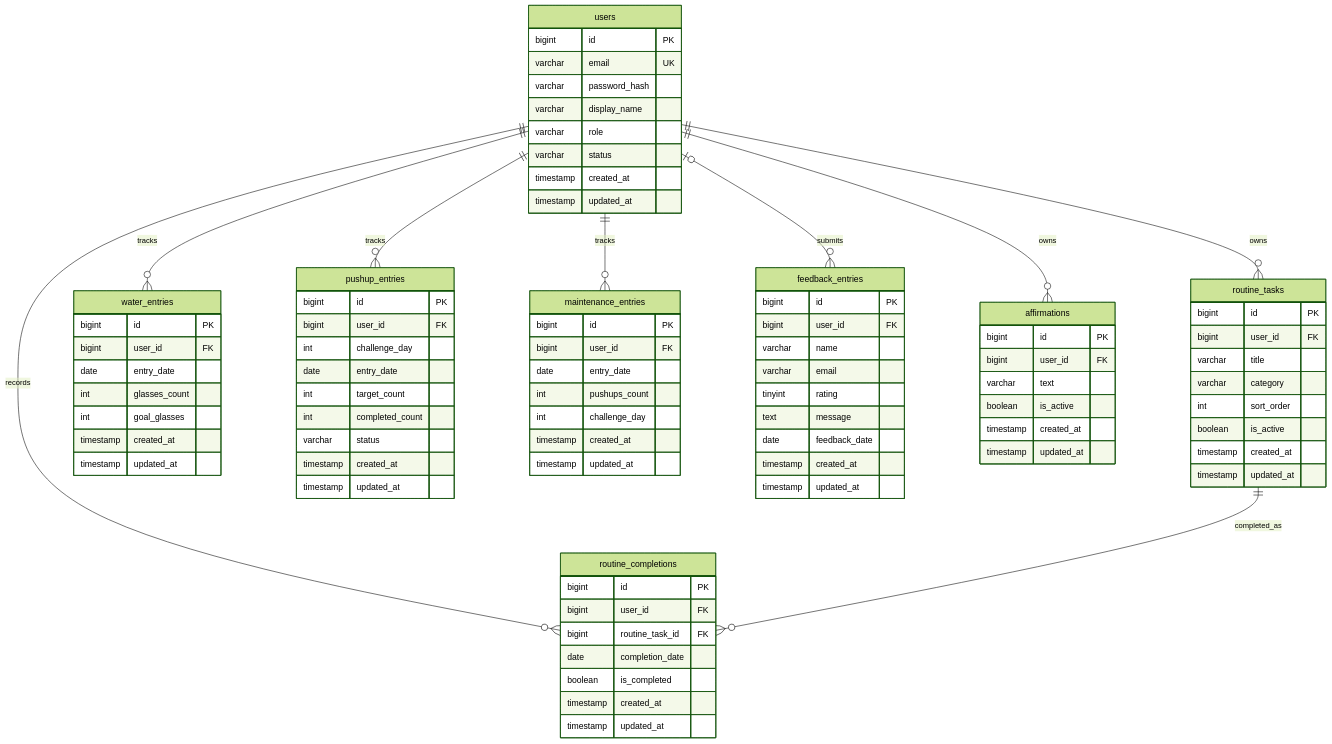
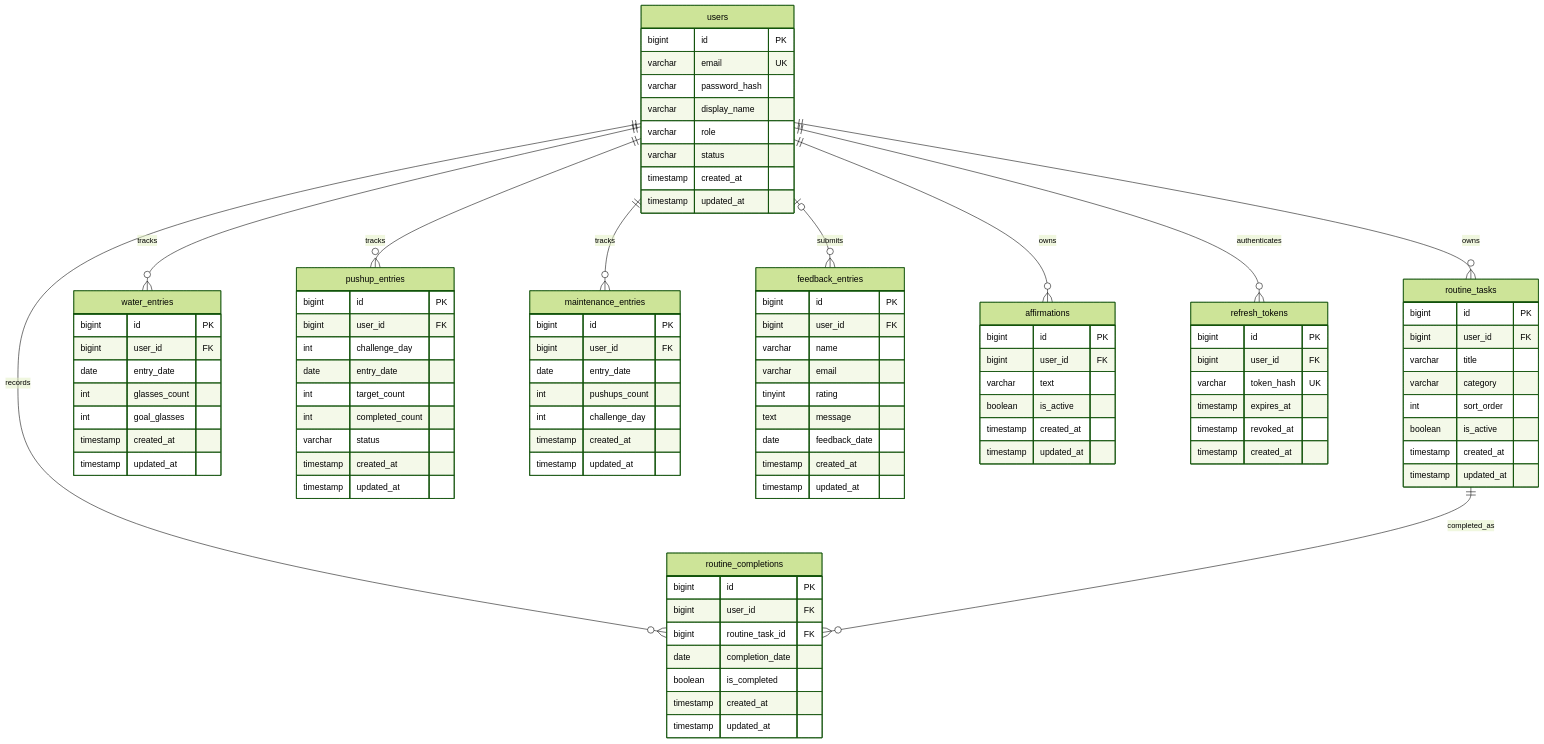
Before and after one commit to Mr-Bhupesh-Baghel/MindMirror: the diagram in backend/docs/database-schema.md, drawn with Mermaid (forest theme). The commit also changed other lines of this file and 36 other files, not shown here.

````diff
--- a/backend/docs/database-schema.md
+++ b/backend/docs/database-schema.md
@@ -14,6 +14,7 @@
     users ||--o{ maintenance_entries : tracks
     users |o--o{ feedback_entries : submits
     users ||--o{ affirmations : owns
+    users ||--o{ refresh_tokens : authenticates
 
     users {
         bigint id PK
@@ -99,4 +100,13 @@
         timestamp created_at
         timestamp updated_at
     }
+
+    refresh_tokens {
+        bigint id PK
+        bigint user_id FK
+        varchar token_hash UK
+        timestamp expires_at
+        timestamp revoked_at
+        timestamp created_at
+    }
 ```
````
